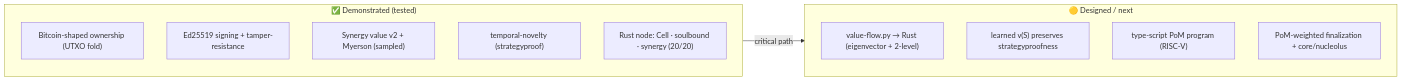
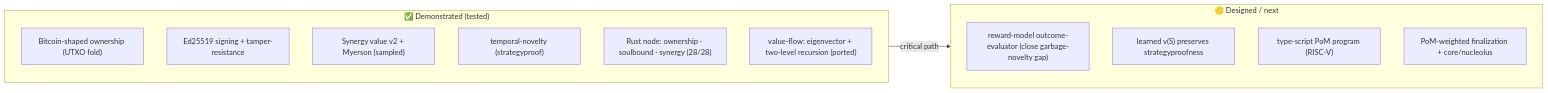
One commit to WGlynn/noesis changed the diagram in CONTINUE.md. Above: the diagram before and after it, drawn with Mermaid. The commit also changed other lines of this file, not shown here.

Commit message:
CONTINUE: handoff for the AFK full-auto run (visuals + L12 + value-flow port, 28/28)

````diff
--- a/CONTINUE.md
+++ b/CONTINUE.md
@@ -36,17 +59,18 @@
 ```mermaid
 flowchart LR
   subgraph DONE["✅ Demonstrated (tested)"]
     d1["Bitcoin-shaped ownership (UTXO fold)"]
     d2["Ed25519 signing + tamper-resistance"]
     d3["Synergy value v2 + Myerson (sampled)"]
     d4["temporal-novelty (strategyproof)"]
-    d5["Rust node: Cell · soulbound · synergy (20/20)"]
+    d5["Rust node: ownership · soulbound · synergy (28/28)"]
+    d6["value-flow: eigenvector + two-level recursion (ported)"]
   end
   subgraph TODO["🟡 Designed / next"]
-    t1["value-flow.py → Rust (eigenvector + 2-level)"]
+    t1["reward-model outcome-evaluator (close garbage-novelty gap)"]
     t2["learned v(S) preserves strategyproofness"]
     t3["type-script PoM program (RISC-V)"]
     t4["PoM-weighted finalization + core/nucleolus"]
   end
   DONE -->|"critical path"| TODO
 ```
````
